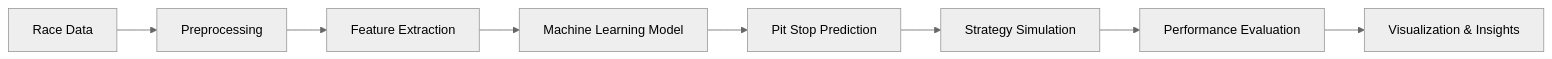
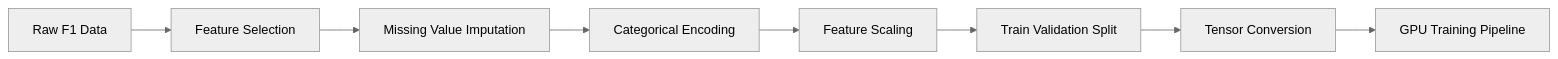
Before and after one commit to start-again-06/Predicting_F1_Pit_Stops: the fifth of 11 diagrams in README.md, drawn with Mermaid (neutral theme). The commit also changed other lines of this file, not shown here.

````diff
--- a/README.md
+++ b/README.md
@@ -85,17 +253,17 @@
 ```mermaid
 flowchart LR
 
-A[Race Data] --> B[Preprocessing]
+A[Raw F1 Data] --> B[Feature Selection]
 
-B --> C[Feature Extraction]
+B --> C[Missing Value Imputation]
 
-C --> D[Machine Learning Model]
+C --> D[Categorical Encoding]
 
-D --> E[Pit Stop Prediction]
+D --> E[Feature Scaling]
 
-E --> F[Strategy Simulation]
+E --> F[Train Validation Split]
 
-F --> G[Performance Evaluation]
+F --> G[Tensor Conversion]
 
-G --> H[Visualization & Insights]
+G --> H[GPU Training Pipeline]
 ```
````
